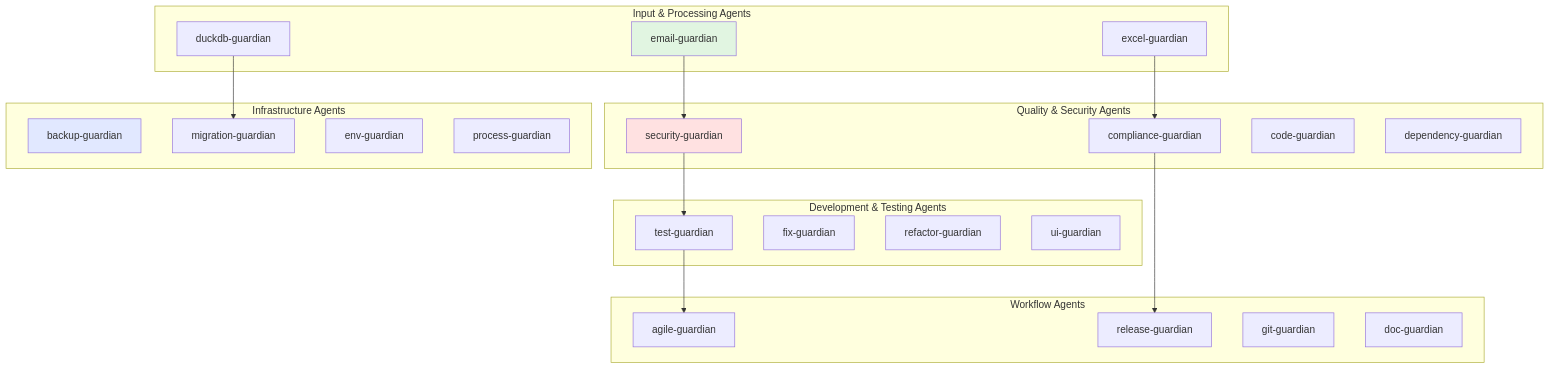
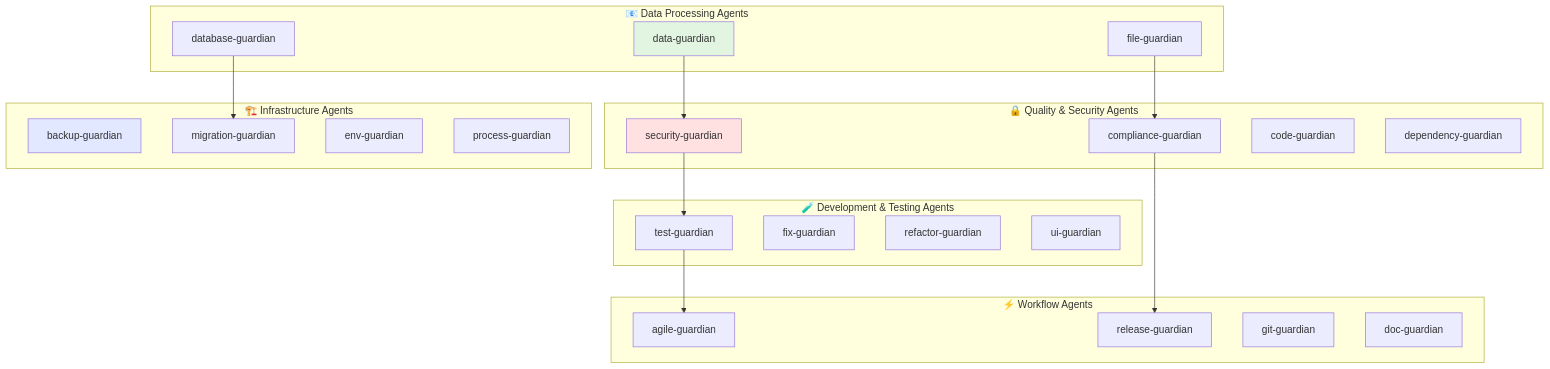
One commit to kairin/claude-guardian-agents changed the diagram in AGENTS-registry.md. Above: the diagram before and after it, drawn with Mermaid. The commit also changed other lines of this file and 11 other files, not shown here.

````diff
--- a/AGENTS-registry.md
+++ b/AGENTS-registry.md
@@ -7,47 +7,47 @@
 ```mermaid
 graph TB
-    subgraph "Input & Processing Agents"
-        A1[email-guardian]
-        A2[excel-guardian]
-        A3[duckdb-guardian]
+    subgraph "📧 Data Processing Agents"
+        A1[data-guardian]
+        A2[file-guardian]
+        A3[database-guardian]
     end
     
-    subgraph "Quality & Security Agents"
+    subgraph "🔒 Quality & Security Agents"
         B1[security-guardian]
         B2[compliance-guardian]
         B3[code-guardian]
         B4[dependency-guardian]
     end
     
-    subgraph "Development & Testing Agents"
+    subgraph "🧪 Development & Testing Agents"
         C1[test-guardian]
         C2[fix-guardian]
         C3[refactor-guardian]
         C4[ui-guardian]
     end
     
-    subgraph "Infrastructure Agents"
+    subgraph "🏗️ Infrastructure Agents"
         D1[backup-guardian]
         D2[migration-guardian]
         D3[env-guardian]
         D4[process-guardian]
     end
     
-    subgraph "Workflow Agents"
+    subgraph "⚡ Workflow Agents"
         E1[agile-guardian]
         E2[release-guardian]
         E3[git-guardian]
         E4[doc-guardian]
     end
     
     A1 --> B1
     A2 --> B2
     A3 --> D2
     B1 --> C1
     B2 --> E2
     C1 --> E1
     
     style A1 fill:#e1f5e1
     style B1 fill:#ffe1e1
     style D1 fill:#e1e8ff
 ```
````
